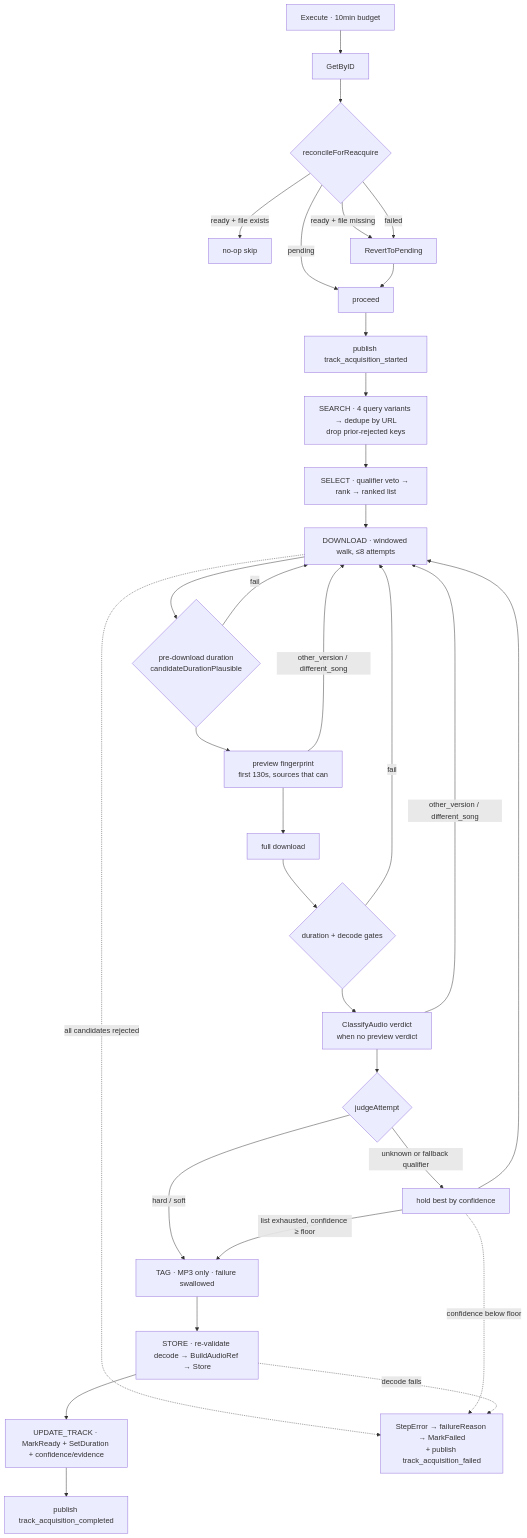
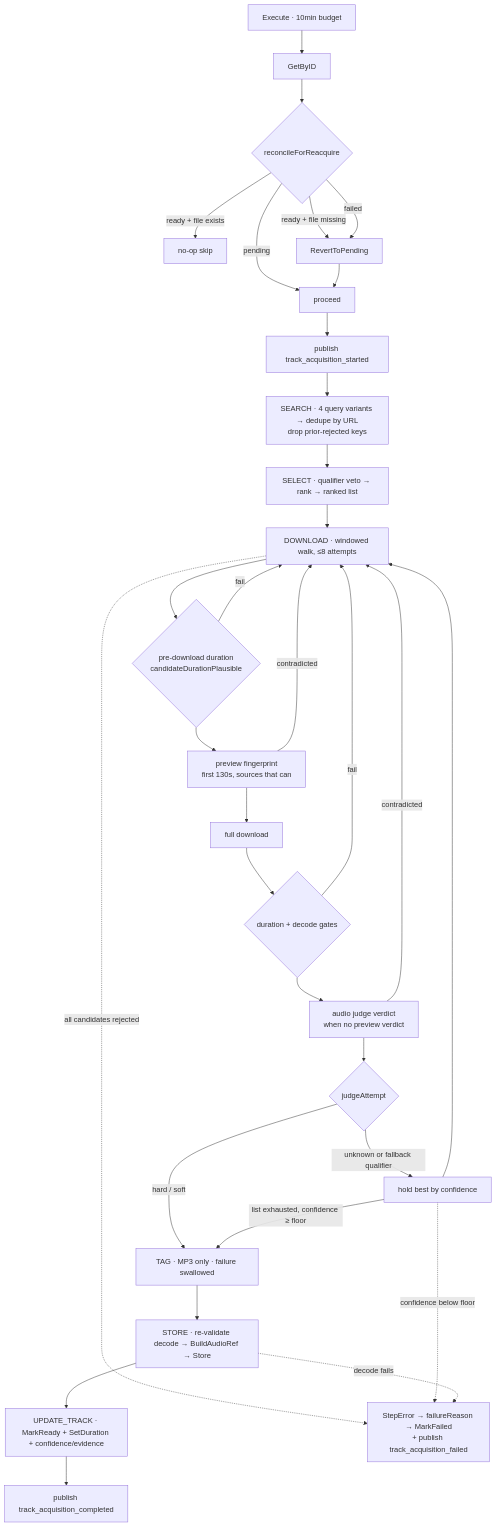
The second of 3 diagrams in services/go-api/internal/acquisition/ARCHITECTURE.md (aleburrascano/altune), drawn with Mermaid before and after one commit. The commit also changed other lines of this file and 30 other files, not shown here.

Commit message:
refactor(acquisition): acquisition, the upgrade lane and libraryverify ask the one audio judge (#2999)

````diff
--- a/services/go-api/internal/acquisition/ARCHITECTURE.md
+++ b/services/go-api/internal/acquisition/ARCHITECTURE.md
@@ -248,35 +248,35 @@
 ```mermaid
 flowchart TD
     EX["Execute · 10min budget"] --> GET["GetByID"]
     GET --> REC{"reconcileForReacquire"}
     REC -->|"ready + file exists"| SKIP["no-op skip"]
     REC -->|"ready + file missing"| REV["RevertToPending"]
     REC -->|"failed"| REV
     REC -->|"pending"| GO["proceed"]
     REV --> GO
     GO --> EVS["publish track_acquisition_started"]
     EVS --> S1["SEARCH · 4 query variants → dedupe by URL<br/>drop prior-rejected keys"]
     S1 --> S2["SELECT · qualifier veto → rank → ranked list"]
     S2 --> S3["DOWNLOAD · windowed walk, ≤8 attempts"]
     S3 --> G0{"pre-download duration<br/>candidateDurationPlausible"}
     G0 -->|fail| S3
     G0 --> G1["preview fingerprint<br/>first 130s, sources that can"]
-    G1 -->|"other_version / different_song"| S3
+    G1 -->|"contradicted"| S3
     G1 --> G2["full download"]
     G2 --> G3{"duration + decode gates"}
     G3 -->|fail| S3
-    G3 --> G4["ClassifyAudio verdict<br/>when no preview verdict"]
-    G4 -->|"other_version / different_song"| S3
+    G3 --> G4["audio judge verdict<br/>when no preview verdict"]
+    G4 -->|"contradicted"| S3
     G4 --> J{"judgeAttempt"}
     J -->|"hard / soft"| S4
     J -->|"unknown or fallback qualifier"| HOLD["hold best by confidence"]
     HOLD --> S3
     HOLD -->|"list exhausted, confidence ≥ floor"| S4
     S4["TAG · MP3 only · failure swallowed"] --> S5["STORE · re-validate decode → BuildAudioRef → Store"]
     S5 --> S6["UPDATE_TRACK · MarkReady + SetDuration + confidence/evidence"]
     S6 --> OK["publish track_acquisition_completed"]
     S3 -.->|"all candidates rejected"| ERR
     HOLD -.->|"confidence below floor"| ERR
     S5 -.->|"decode fails"| ERR
     ERR["StepError → failureReason → MarkFailed<br/>+ publish track_acquisition_failed"]
 ```
````
